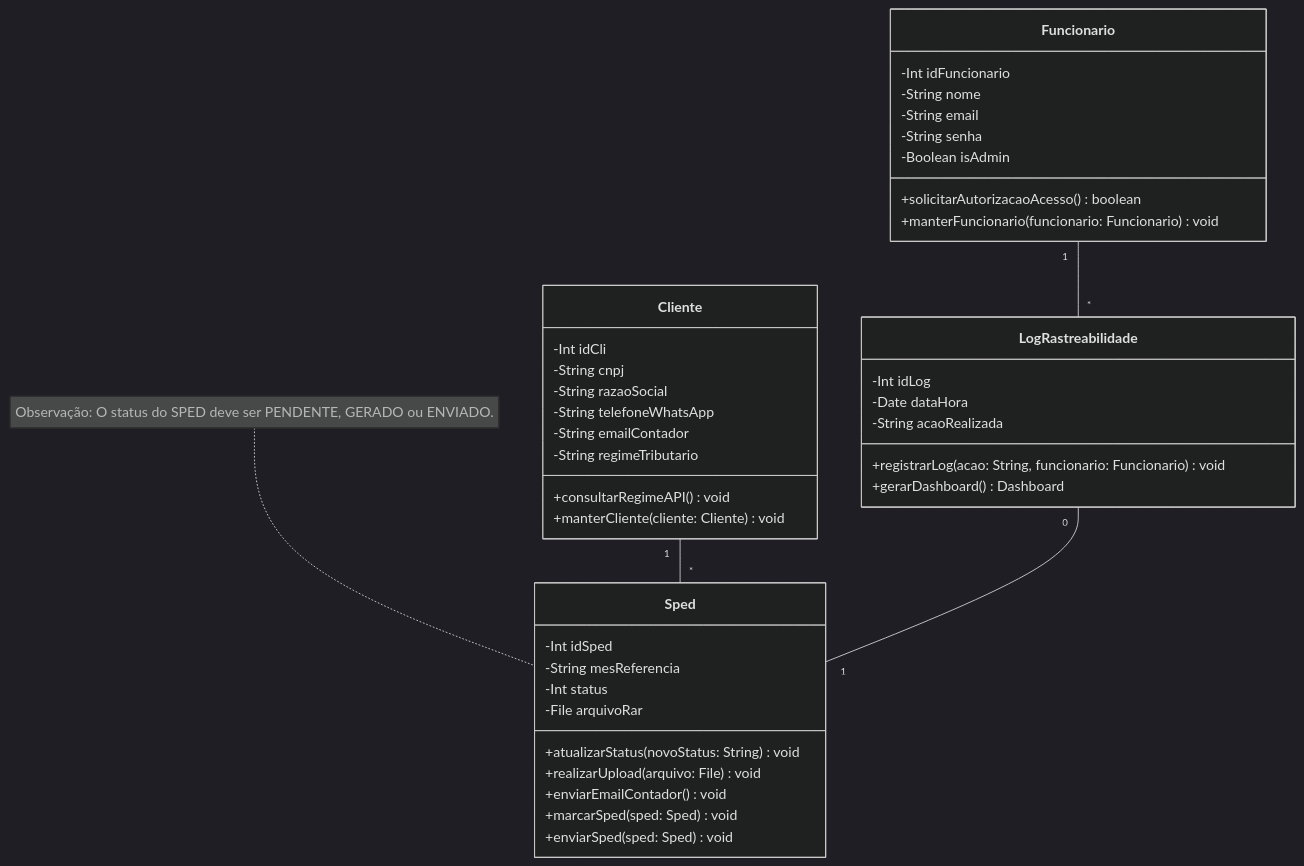
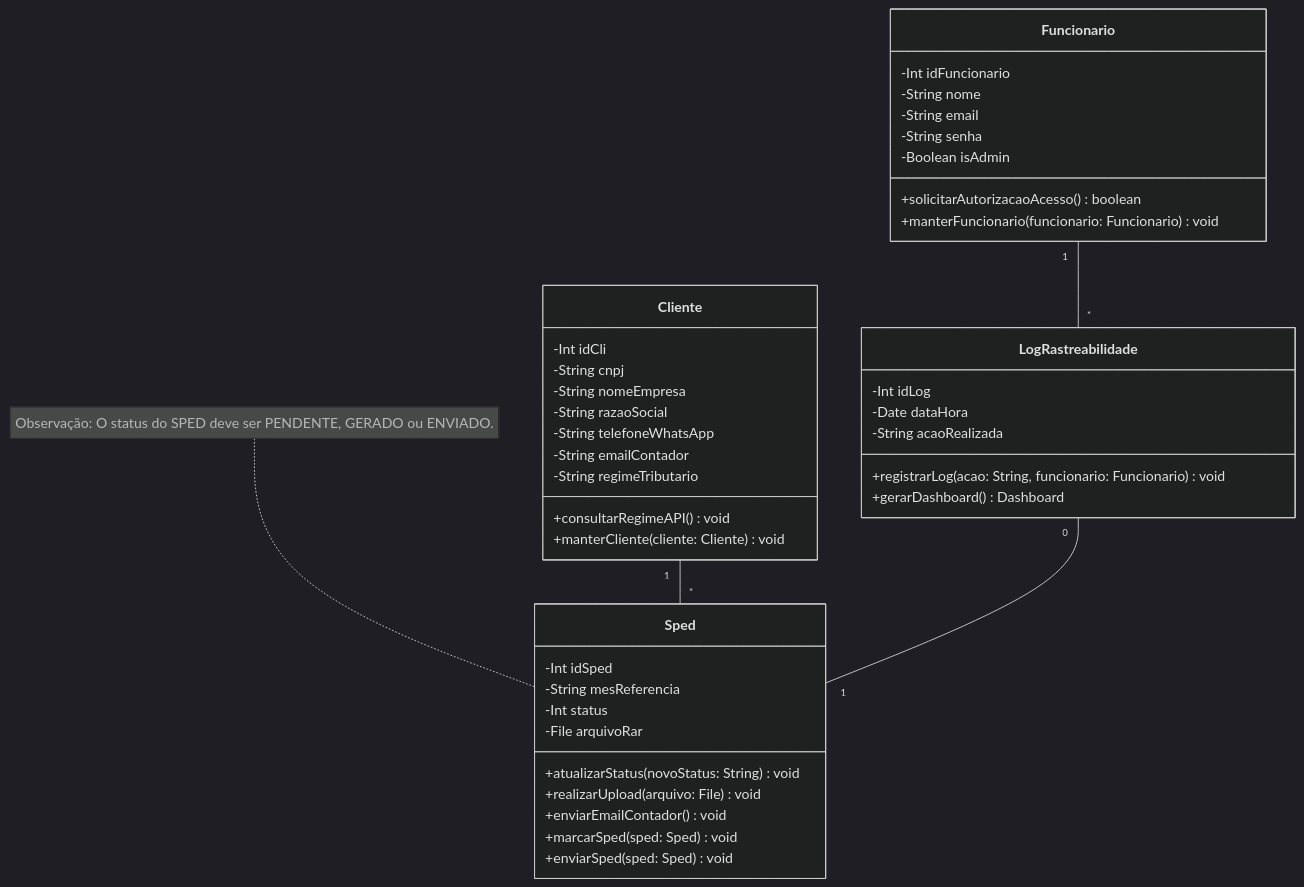
One commit to Renan988/Projeto-Engenharia-I changed the first of 2 diagrams in docs/doc-modelos.md. Above: the diagram before and after it, drawn with Mermaid (dark theme). The commit also changed other lines of this file, not shown here.

Commit message:
docs: fix arrumando relação de funcionario x logRastreabilidade x SPED no diagrama E-R

````diff
--- a/docs/doc-modelos.md
+++ b/docs/doc-modelos.md
@@ -9,49 +9,50 @@
 ```mermaid
 classDiagram
     class Funcionario {
         -Int idFuncionario
         -String nome
         -String email
         -String senha
         -Boolean isAdmin
         +solicitarAutorizacaoAcesso() boolean
         +manterFuncionario(funcionario: Funcionario) void
     }
     
     class LogRastreabilidade {
         -Int idLog
         -Date dataHora
         -String acaoRealizada
         +registrarLog(acao: String, funcionario: Funcionario) void
         +gerarDashboard() Dashboard
     }
     
     class Cliente {
         -Int idCli
         -String cnpj
+        -String nomeEmpresa
         -String razaoSocial
         -String telefoneWhatsApp
         -String emailContador
         -String regimeTributario
         +consultarRegimeAPI() void
         +manterCliente(cliente: Cliente) void
     }
     
     class Sped {
         -Int idSped
         -String mesReferencia
         -Int status
         -File arquivoRar
         +atualizarStatus(novoStatus: String) void
         +realizarUpload(arquivo: File) void
         +enviarEmailContador() void
         +marcarSped(sped: Sped) void
         +enviarSped(sped: Sped) void
     }
 
     Funcionario "1" -- "*" LogRastreabilidade
     Cliente "1" -- "*" Sped
     LogRastreabilidade "0" -- "1" Sped
     
     note for Sped "Observação: O status do SPED deve ser PENDENTE, GERADO ou ENVIADO."
 ```
````
